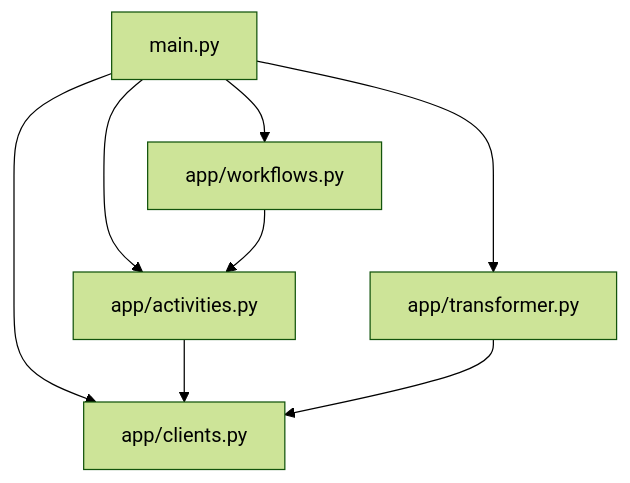
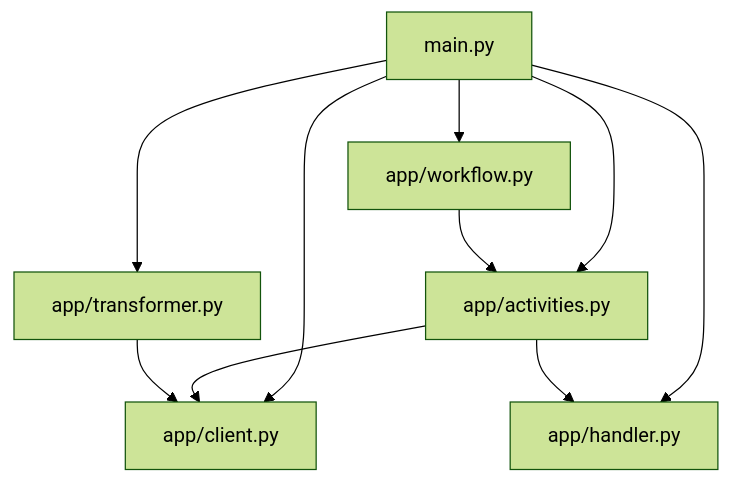
Before and after one commit to drockparashar/githubConnector: the diagram in README.md, drawn with Mermaid (forest theme). The commit also changed other lines of this file and 17 other files, not shown here.

````diff
--- a/README.md
+++ b/README.md
@@ -51,10 +56,12 @@
 ```mermaid
 graph TD
-    A[main.py] --> B[app/workflows.py]
+    A[main.py] --> B[app/workflow.py]
     A --> C[app/activities.py]
     A --> D[app/transformer.py]
-    A --> E[app/clients.py]
+    A --> E[app/client.py]
+    A --> F[app/handler.py]
     B --> C
     C --> E
+    C --> F
     D --> E
 ```
````
